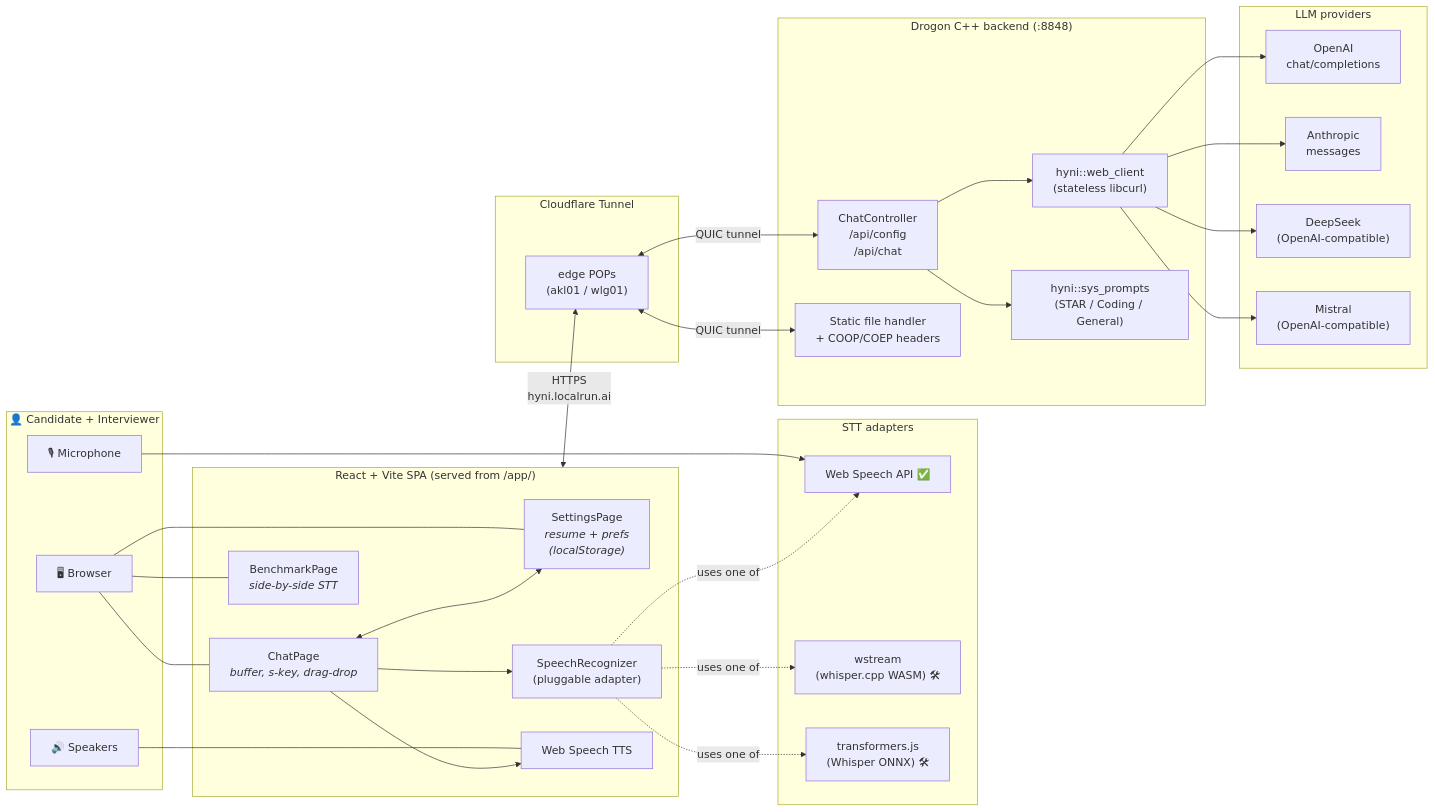
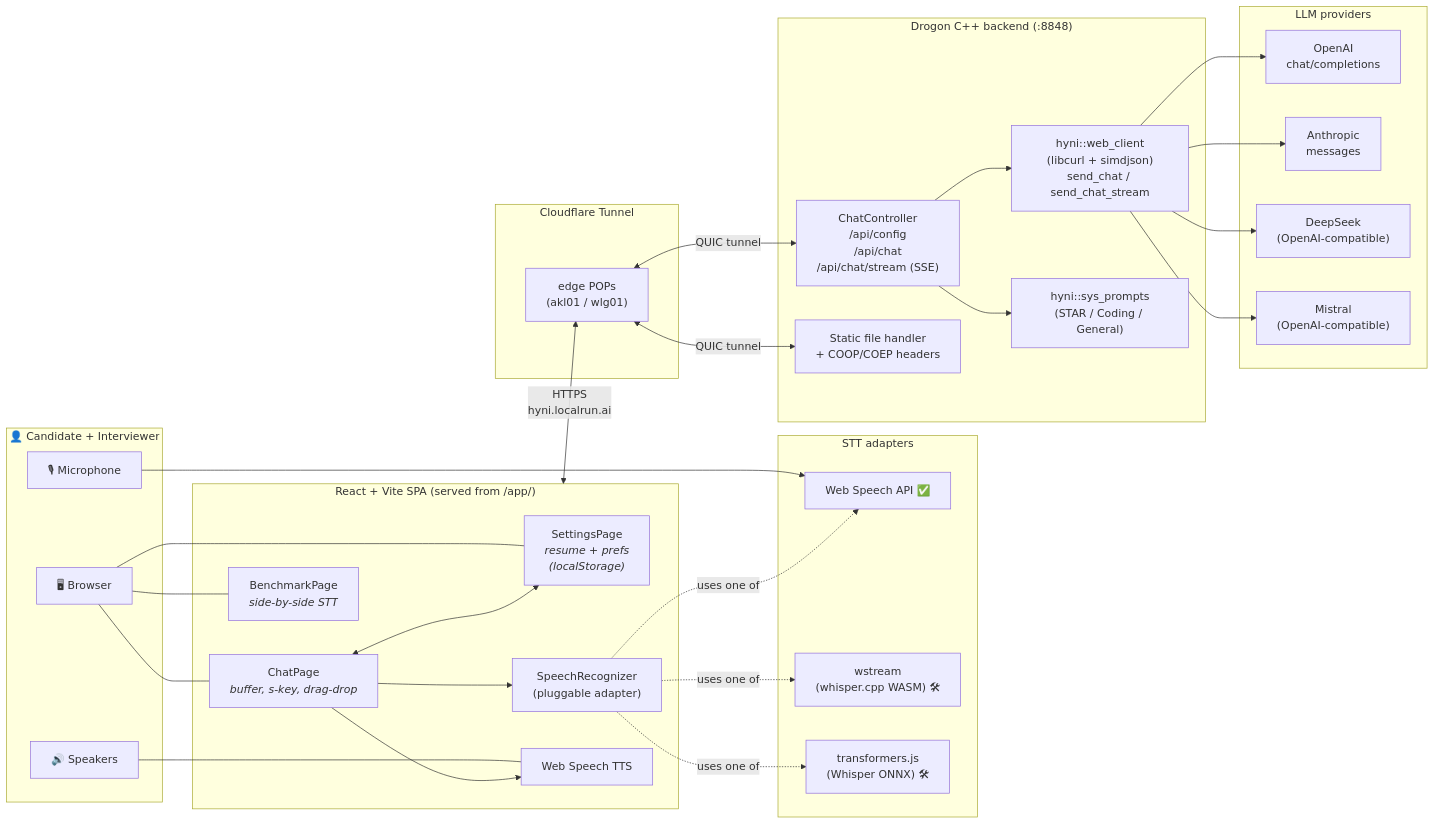
Before and after one commit to jwongso/hyni.web: the first of 2 diagrams in README.md, drawn with Mermaid. The commit also changed other lines of this file and 11 other files, not shown here.

````diff
--- a/README.md
+++ b/README.md
@@ -56,63 +56,63 @@
 ```mermaid
 flowchart LR
     subgraph User["👤 Candidate + Interviewer"]
         mic["🎙 Microphone"]
         screen["🖥 Browser"]
         spk["🔊 Speakers"]
     end
 
     subgraph Browser["React + Vite SPA (served from /app/)"]
         chat["ChatPage<br/><i>buffer, s-key, drag-drop</i>"]
         set["SettingsPage<br/><i>resume + prefs<br/>(localStorage)</i>"]
         bench["BenchmarkPage<br/><i>side-by-side STT</i>"]
         stt["SpeechRecognizer<br/>(pluggable adapter)"]
         tts["Web Speech TTS"]
 
         chat --> stt
         chat --> tts
         chat <--> set
     end
 
     subgraph Adapters["STT adapters"]
         ws["Web Speech API ✅"]
         wstream["wstream<br/>(whisper.cpp WASM) 🛠"]
         tjs["transformers.js<br/>(Whisper ONNX) 🛠"]
     end
     stt -.uses one of.-> ws & wstream & tjs
 
     subgraph Backend["Drogon C++ backend (:8848)"]
-        api["ChatController<br/>/api/config<br/>/api/chat"]
-        client["hyni::web_client<br/>(stateless libcurl)"]
+        api["ChatController<br/>/api/config<br/>/api/chat<br/>/api/chat/stream (SSE)"]
+        client["hyni::web_client<br/>(libcurl + simdjson)<br/>send_chat / send_chat_stream"]
         prompt["hyni::sys_prompts<br/>(STAR / Coding / General)"]
         static["Static file handler<br/>+ COOP/COEP headers"]
 
         api --> client
         api --> prompt
     end
 
     subgraph LLMs["LLM providers"]
         oai["OpenAI<br/>chat/completions"]
         ant["Anthropic<br/>messages"]
         ds["DeepSeek<br/>(OpenAI-compatible)"]
         ms["Mistral<br/>(OpenAI-compatible)"]
     end
 
     subgraph CF["Cloudflare Tunnel"]
         edge["edge POPs<br/>(akl01 / wlg01)"]
     end
 
     mic --> ws
     spk --- tts
     screen --- chat
     screen --- set
     screen --- bench
 
     Browser <-- "HTTPS<br/>hyni.localrun.ai" --> edge
     edge <-- "QUIC tunnel" --> static
     edge <-- "QUIC tunnel" --> api
 
     client --> oai
     client --> ant
     client --> ds
     client --> ms
 ```
````
